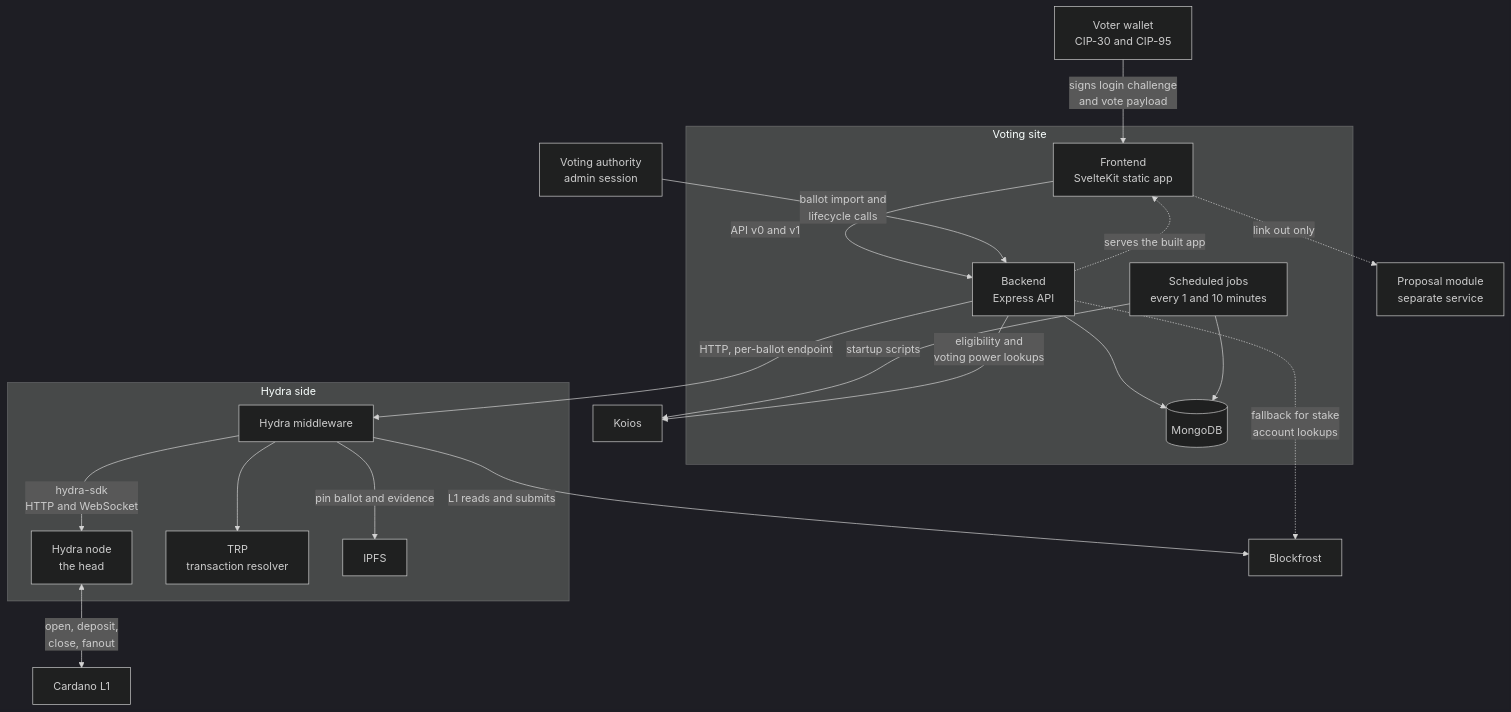
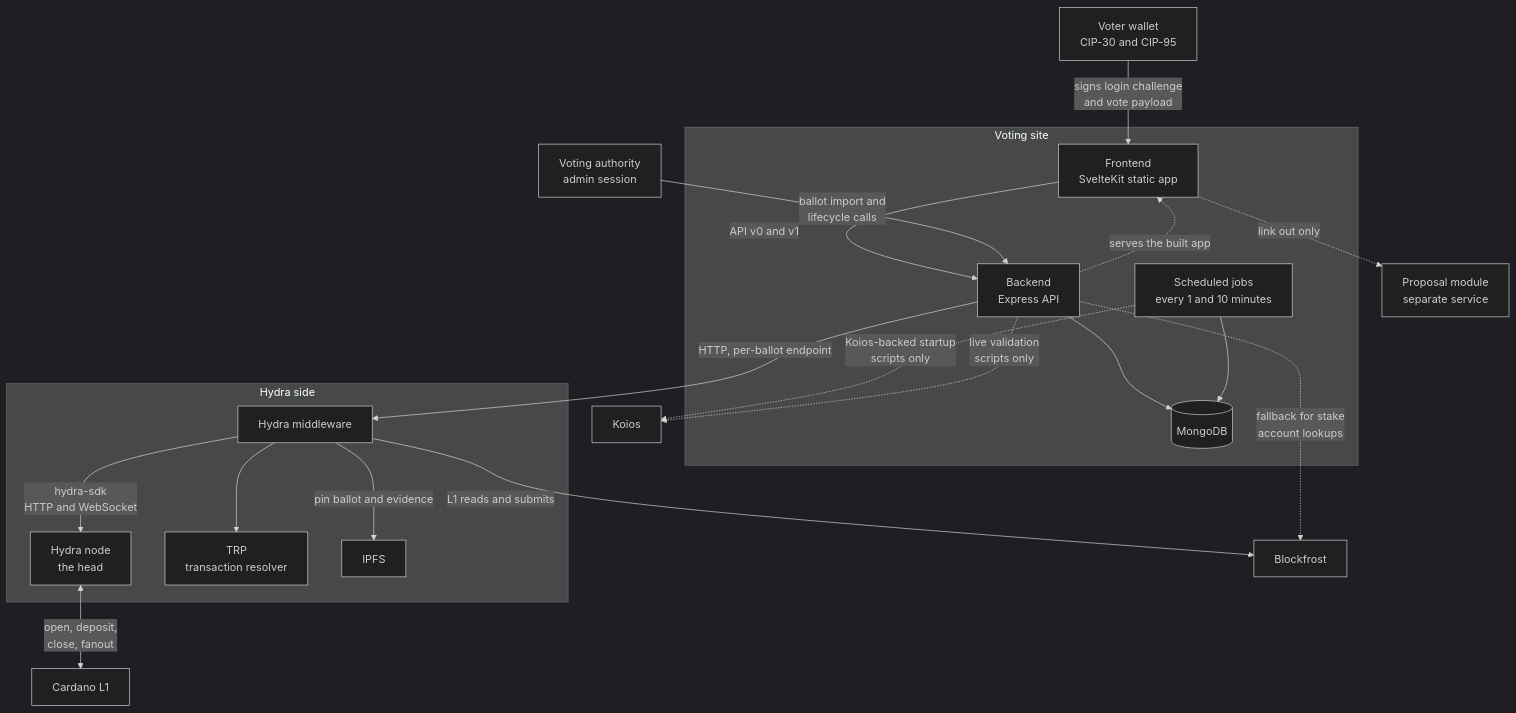
The first of 7 diagrams in flowcharts/index.md (lerna-labs/ekklesia-docs), drawn with Mermaid (dark theme) before and after one commit. The commit also changed other lines of this file and 1 other file, not shown here.

Commit message:
Address review: remove innerHTML sink, correct Koios, helpers, vote and totals claims

````diff
--- a/flowcharts/index.md
+++ b/flowcharts/index.md
@@ -29,40 +29,40 @@
 ```mermaid
 flowchart TB
   voter["Voter wallet<br/>CIP-30 and CIP-95"]
   admin["Voting authority<br/>admin session"]
   pm["Proposal module<br/>separate service"]
   koios["Koios"]
   bf["Blockfrost"]
   l1["Cardano L1"]
 
   subgraph site["Voting site"]
     fe["Frontend<br/>SvelteKit static app"]
     be["Backend<br/>Express API"]
     jobs["Scheduled jobs<br/>every 1 and 10 minutes"]
     db[("MongoDB")]
   end
 
   subgraph hydra["Hydra side"]
     mw["Hydra middleware"]
     node["Hydra node<br/>the head"]
     trp["TRP<br/>transaction resolver"]
     ipfs["IPFS"]
   end
 
   voter -->|"signs login challenge<br/>and vote payload"| fe
   fe -->|"API v0 and v1"| be
   be -.->|"serves the built app"| fe
   fe -.->|"link out only"| pm
   admin -->|"ballot import and<br/>lifecycle calls"| be
   be --> db
   jobs --> db
-  jobs -->|"startup scripts"| koios
-  be -->|"eligibility and<br/>voting power lookups"| koios
+  jobs -.->|"Koios-backed startup<br/>scripts only"| koios
+  be -.->|"live validation<br/>scripts only"| koios
   be -.->|"fallback for stake<br/>account lookups"| bf
   be -->|"HTTP, per-ballot endpoint"| mw
   mw -->|"hydra-sdk<br/>HTTP and WebSocket"| node
   mw --> trp
   mw -->|"pin ballot and evidence"| ipfs
   mw -->|"L1 reads and submits"| bf
   node <-->|"open, deposit,<br/>close, fanout"| l1
 ```
````
